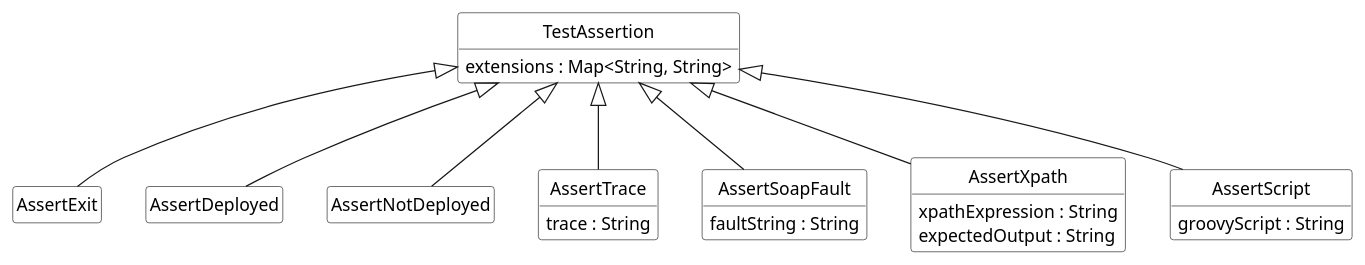
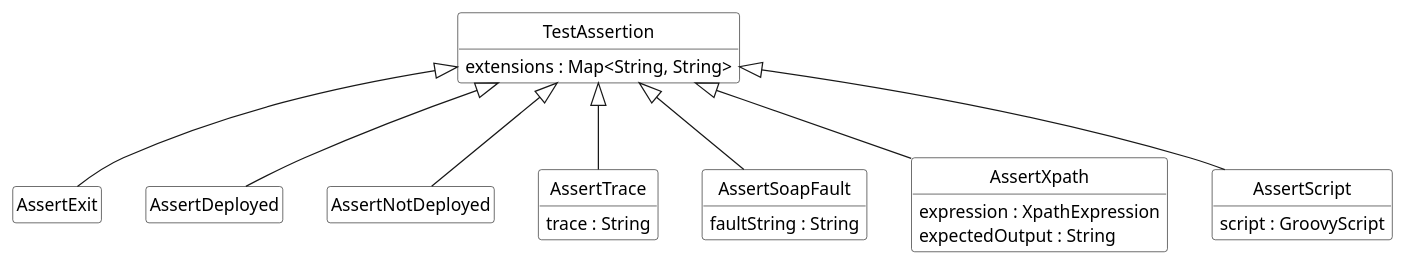
The diagram in pebl/doc/benchmark-test-assertions.puml (uniba-dsg/betsy), drawn with PlantUML before and after one commit. The commit also changed 3 other files, not shown here.

Commit message:
use GroovyScript and XPathExpression as DDD classes.

```diff
--- a/pebl/doc/benchmark-test-assertions.puml
+++ b/pebl/doc/benchmark-test-assertions.puml
@@ -1,35 +1,35 @@
 @startuml
 
 
 	class TestAssertion {
 	extensions : Map<String, String>
 	}
 
 	class AssertExit extends TestAssertion
 	class AssertDeployed extends TestAssertion
 	class AssertNotDeployed extends TestAssertion
 	class AssertTrace extends TestAssertion {
 	  trace : String
 	}
 	class AssertSoapFault extends TestAssertion {
 	  faultString : String
 	}
 	class AssertXpath extends TestAssertion {
-	  xpathExpression : String
+	  expression : XpathExpression
 	  expectedOutput : String
 	}
 	class AssertScript extends TestAssertion {
-    	  groovyScript : String
+    	  script : GroovyScript
     	}
 
 
 hide empty members
 hide empty methods
 hide circle
 
 skinparam monochrome true
 skinparam shadowing false
 skinparam packageStyle rect
 skinparam classBackgroundColor white
 
 @enduml
```
